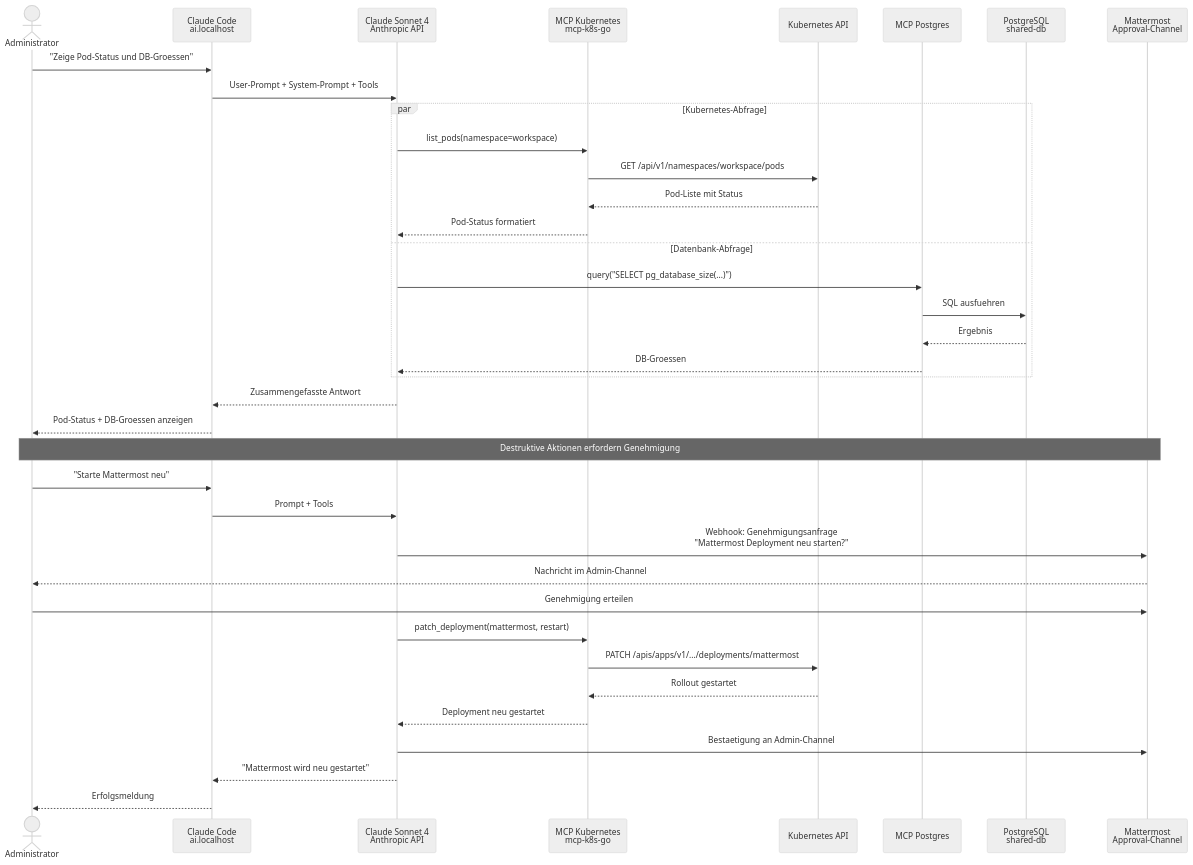
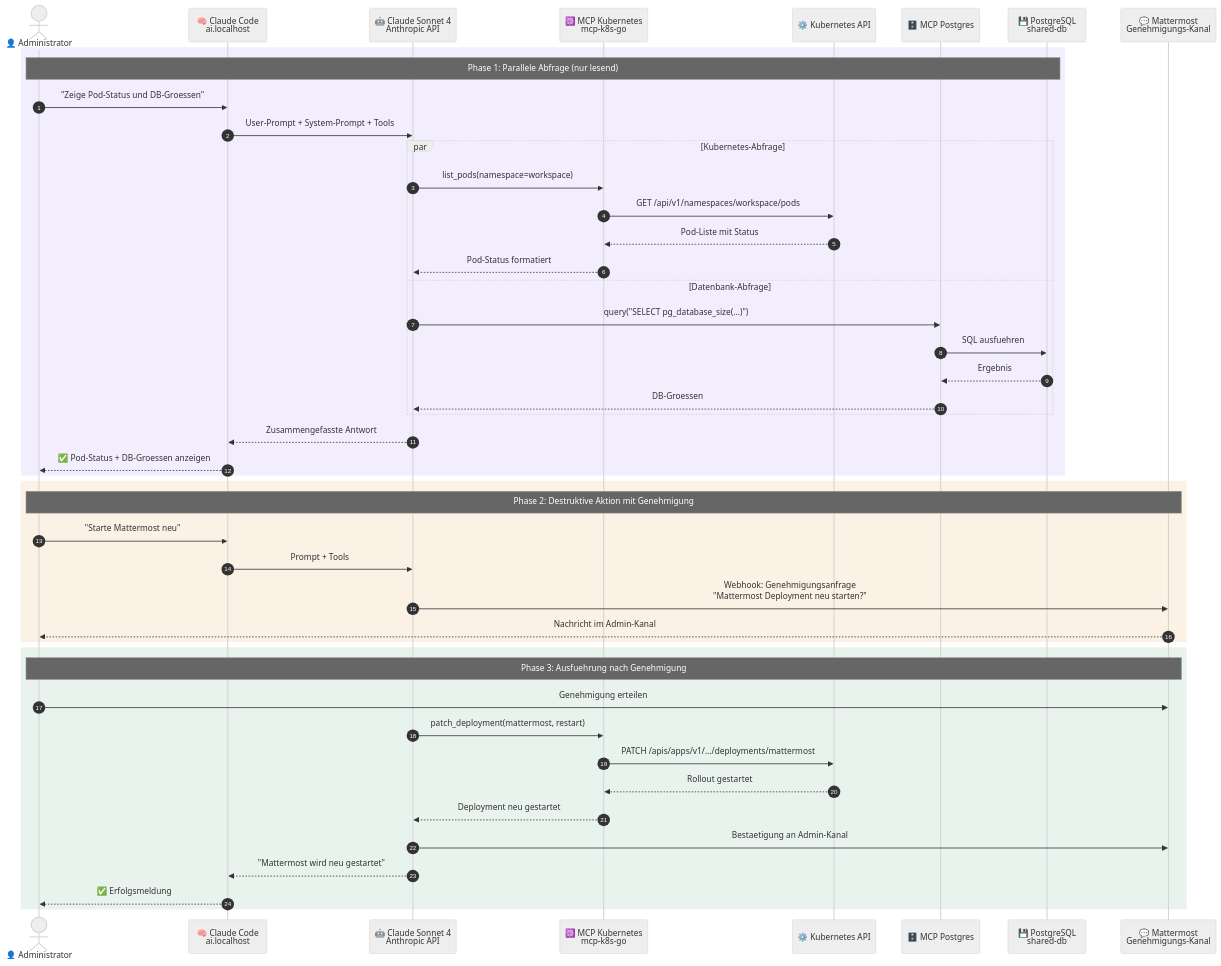
The sixth of 9 diagrams in docs/architecture.md (Paddione/Bachelorprojekt), drawn with Mermaid (neutral theme) before and after one commit. The commit also changed other lines of this file and 19 other files, not shown here.

````diff
--- a/docs/architecture.md
+++ b/docs/architecture.md
@@ -384,45 +424,54 @@
 ```mermaid
 sequenceDiagram
-    actor Admin as Administrator
-    participant OC as Claude Code<br/>ai.localhost
-    participant Claude as Claude Sonnet 4<br/>Anthropic API
-    participant MCP_K as MCP Kubernetes<br/>mcp-k8s-go
-    participant K8S as Kubernetes API
-    participant MCP_P as MCP Postgres
-    participant DB as PostgreSQL<br/>shared-db
-    participant MM as Mattermost<br/>Approval-Channel
+    autonumber
 
-    Admin ->> OC: "Zeige Pod-Status und DB-Groessen"
-    OC ->> Claude: User-Prompt + System-Prompt + Tools
+    actor Admin as 👤 Administrator
+    participant OC as 🧠 Claude Code<br/>ai.localhost
+    participant Claude as 🤖 Claude Sonnet 4<br/>Anthropic API
+    participant MCP_K as ☸️ MCP Kubernetes<br/>mcp-k8s-go
+    participant K8S as ⚙️ Kubernetes API
+    participant MCP_P as 🗄️ MCP Postgres
+    participant DB as 💾 PostgreSQL<br/>shared-db
+    participant MM as 💬 Mattermost<br/>Genehmigungs-Kanal
 
-    par Kubernetes-Abfrage
-        Claude ->> MCP_K: list_pods(namespace=workspace)
-        MCP_K ->> K8S: GET /api/v1/namespaces/workspace/pods
-        K8S -->> MCP_K: Pod-Liste mit Status
-        MCP_K -->> Claude: Pod-Status formatiert
-    and Datenbank-Abfrage
-        Claude ->> MCP_P: query("SELECT pg_database_size(...)")
-        MCP_P ->> DB: SQL ausfuehren
-        DB -->> MCP_P: Ergebnis
-        MCP_P -->> Claude: DB-Groessen
+    rect rgba(139, 92, 246, 0.1)
+        Note over Admin,DB: Phase 1: Parallele Abfrage (nur lesend)
+        Admin ->> OC: "Zeige Pod-Status und DB-Groessen"
+        OC ->> Claude: User-Prompt + System-Prompt + Tools
+
+        par Kubernetes-Abfrage
+            Claude ->> MCP_K: list_pods(namespace=workspace)
+            MCP_K ->> K8S: GET /api/v1/namespaces/workspace/pods
+            K8S -->> MCP_K: Pod-Liste mit Status
+            MCP_K -->> Claude: Pod-Status formatiert
+        and Datenbank-Abfrage
+            Claude ->> MCP_P: query("SELECT pg_database_size(...)")
+            MCP_P ->> DB: SQL ausfuehren
+            DB -->> MCP_P: Ergebnis
+            MCP_P -->> Claude: DB-Groessen
+        end
+
+        Claude -->> OC: Zusammengefasste Antwort
+        OC -->> Admin: ✅ Pod-Status + DB-Groessen anzeigen
     end
 
-    Claude -->> OC: Zusammengefasste Antwort
-    OC -->> Admin: Pod-Status + DB-Groessen anzeigen
+    rect rgba(217, 119, 6, 0.1)
+        Note over Admin,MM: Phase 2: Destruktive Aktion mit Genehmigung
+        Admin ->> OC: "Starte Mattermost neu"
+        OC ->> Claude: Prompt + Tools
+        Claude ->> MM: Webhook: Genehmigungsanfrage<br/>"Mattermost Deployment neu starten?"
+        MM -->> Admin: Nachricht im Admin-Kanal
+    end
 
-    Note over Admin,MM: Destruktive Aktionen erfordern Genehmigung
-
-    Admin ->> OC: "Starte Mattermost neu"
-    OC ->> Claude: Prompt + Tools
-    Claude ->> MM: Webhook: Genehmigungsanfrage<br/>"Mattermost Deployment neu starten?"
-    MM -->> Admin: Nachricht im Admin-Channel
-
-    Admin ->> MM: Genehmigung erteilen
-    Claude ->> MCP_K: patch_deployment(mattermost, restart)
-    MCP_K ->> K8S: PATCH /apis/apps/v1/.../deployments/mattermost
-    K8S -->> MCP_K: Rollout gestartet
-    MCP_K -->> Claude: Deployment neu gestartet
-    Claude ->> MM: Bestaetigung an Admin-Channel
-    Claude -->> OC: "Mattermost wird neu gestartet"
-    OC -->> Admin: Erfolgsmeldung
+    rect rgba(45, 134, 89, 0.1)
+        Note over Admin,MM: Phase 3: Ausfuehrung nach Genehmigung
+        Admin ->> MM: Genehmigung erteilen
+        Claude ->> MCP_K: patch_deployment(mattermost, restart)
+        MCP_K ->> K8S: PATCH /apis/apps/v1/.../deployments/mattermost
+        K8S -->> MCP_K: Rollout gestartet
+        MCP_K -->> Claude: Deployment neu gestartet
+        Claude ->> MM: Bestaetigung an Admin-Kanal
+        Claude -->> OC: "Mattermost wird neu gestartet"
+        OC -->> Admin: ✅ Erfolgsmeldung
+    end
 ```
````
